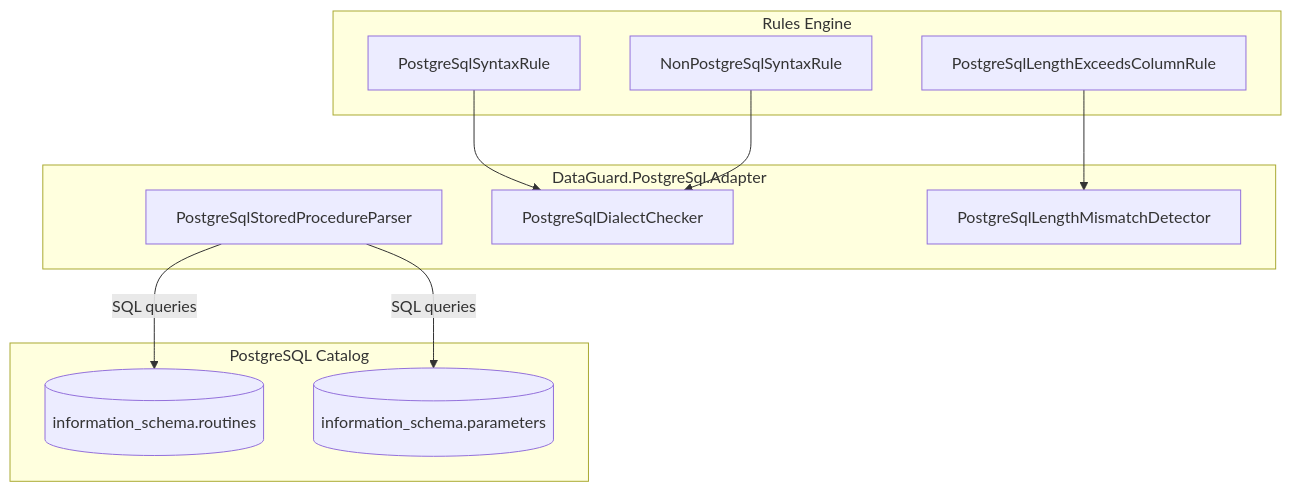
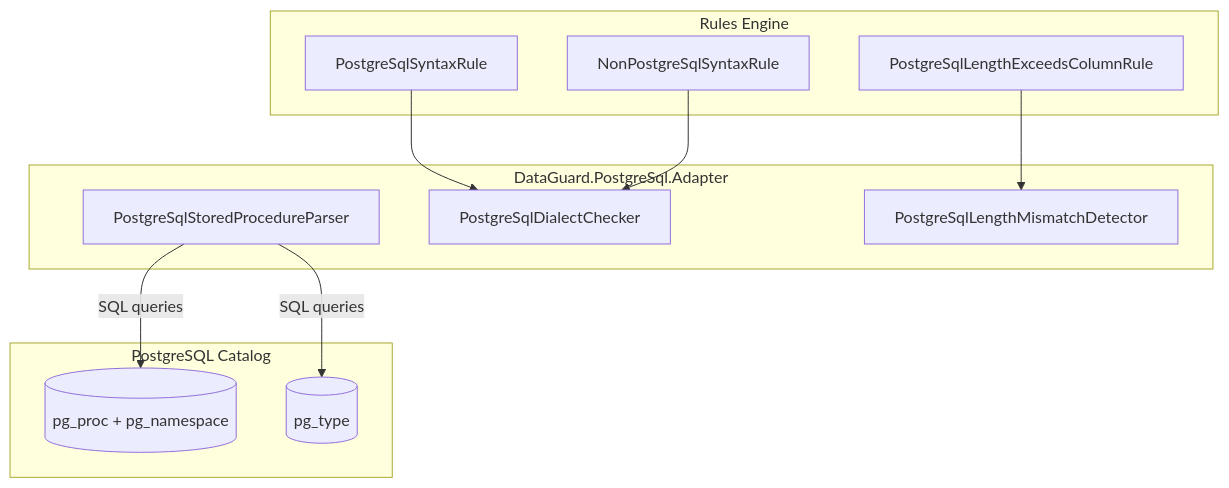
The diagram in docs/03-components/adapters/postgresql-adapter.md (thanhnt-sm/eco_support_net_oracle), drawn with Mermaid before and after one commit. The commit also changed other lines of this file and 98 other files, not shown here.

````diff
--- a/docs/03-components/adapters/postgresql-adapter.md
+++ b/docs/03-components/adapters/postgresql-adapter.md
@@ -7,26 +7,26 @@
 ```mermaid
 graph TB
     subgraph "DataGuard.PostgreSql.Adapter"
         PSP[PostgreSqlStoredProcedureParser]
         PDC[PostgreSqlDialectChecker]
         PLMD[PostgreSqlLengthMismatchDetector]
     end
 
     subgraph "PostgreSQL Catalog"
-        R[(information_schema.routines)]
-        P[(information_schema.parameters)]
+        R[(pg_proc + pg_namespace)]
+        P[(pg_type)]
     end
 
     subgraph "Rules Engine"
         PG001[PostgreSqlSyntaxRule]
         PG002[NonPostgreSqlSyntaxRule]
         PG003[PostgreSqlLengthExceedsColumnRule]
     end
 
     PSP -->|SQL queries| R
     PSP -->|SQL queries| P
 
     PG001 --> PDC
     PG002 --> PDC
     PG003 --> PLMD
 ```
````
